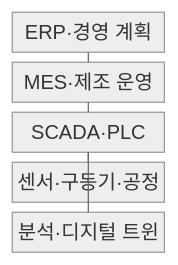
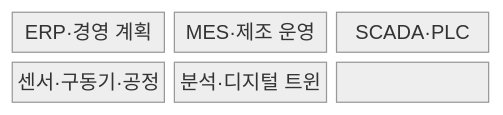
One commit to agnusdei1207/knowledge-base changed the first of 2 diagrams in src/content/docs/notes/08-latest-tech/201_smart_factory.md. Above: the diagram before and after it, drawn with Mermaid (neutral theme). The commit also changed other lines of this file and 228 other files, not shown here.

````diff
--- a/src/content/docs/notes/08-latest-tech/201_smart_factory.md
+++ b/src/content/docs/notes/08-latest-tech/201_smart_factory.md
@@ -50,13 +49,11 @@
 ```mermaid
 block-beta
-  columns 1
-  erp["ERP·경영 계획"]
-  mes["MES·제조 운영"]
-  control["SCADA·PLC"]
-  field["센서·구동기·공정"]
-  analytics["분석·디지털 트윈"]
-  erp --- mes
-  mes --- control
-  control --- field
-  control --- analytics
+  columns 3
+  N0["ERP·경영 계획"]
+  N1["MES·제조 운영"]
+  N2["SCADA·PLC"]
+  N3["센서·구동기·공정"]
+  N4["분석·디지털 트윈"]
+  N0 --- N1 --- N2
+  N2 --- N3 --- N4
 ```
````
